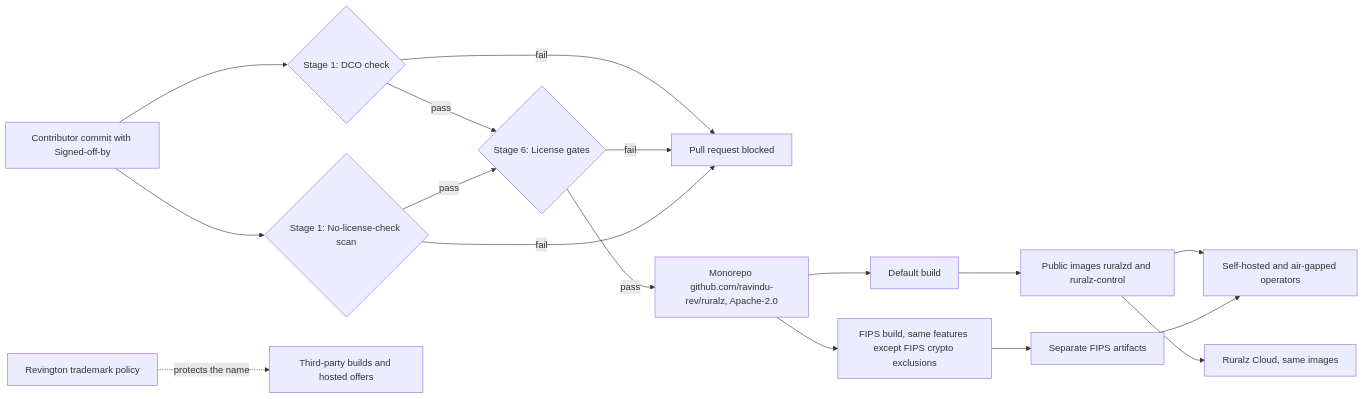
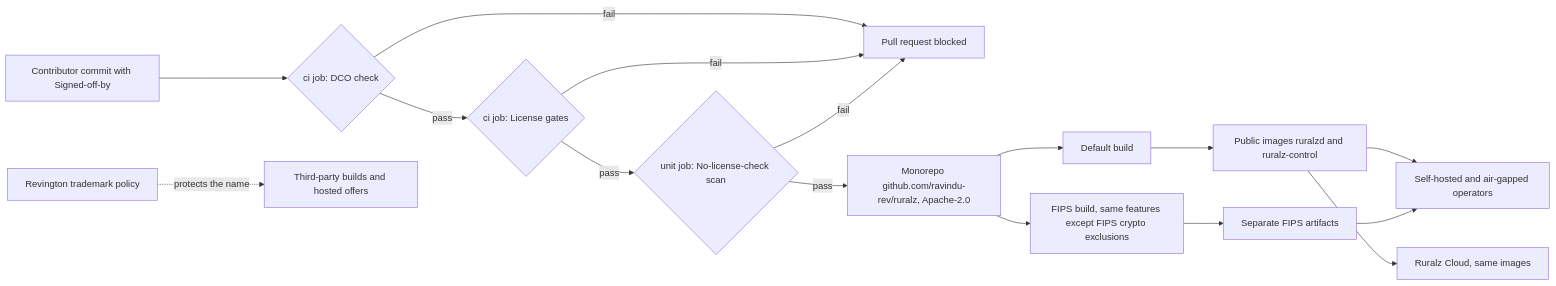
The diagram in docs/adr/0002-apache-2-license-no-feature-gating.md (ravindu-rev/ruralz), drawn with Mermaid before and after one commit. The commit also changed other lines of this file and 42 other files, not shown here.

````diff
--- a/docs/adr/0002-apache-2-license-no-feature-gating.md
+++ b/docs/adr/0002-apache-2-license-no-feature-gating.md
@@ -50,33 +50,32 @@
 ```mermaid
 flowchart LR
   commit["Contributor commit with Signed-off-by"]
-  dco{"Stage 1: DCO check"}
-  scan{"Stage 1: No-license-check scan"}
-  g2{"Stage 6: License gates"}
+  dco{"ci job: DCO check"}
+  g2{"ci job: License gates"}
+  scan{"unit job: No-license-check scan"}
   blocked["Pull request blocked"]
   src["Monorepo github.com/ravindu-rev/ruralz, Apache-2.0"]
   def["Default build"]
   fips["FIPS build, same features except FIPS crypto exclusions"]
   img["Public images ruralzd and ruralz-control"]
   fimg["Separate FIPS artifacts"]
   self["Self-hosted and air-gapped operators"]
   cloud["Ruralz Cloud, same images"]
   tm["Revington trademark policy"]
   third["Third-party builds and hosted offers"]
   commit --> dco
-  commit --> scan
   dco -- pass --> g2
-  scan -- pass --> g2
-  g2 -- pass --> src
+  g2 -- pass --> scan
+  scan -- pass --> src
   dco -- fail --> blocked
   g2 -- fail --> blocked
   scan -- fail --> blocked
   src --> def
   src --> fips
   def --> img
   fips --> fimg
   img --> self
   img --> cloud
   fimg --> self
   tm -. protects the name .-> third
 ```
````
